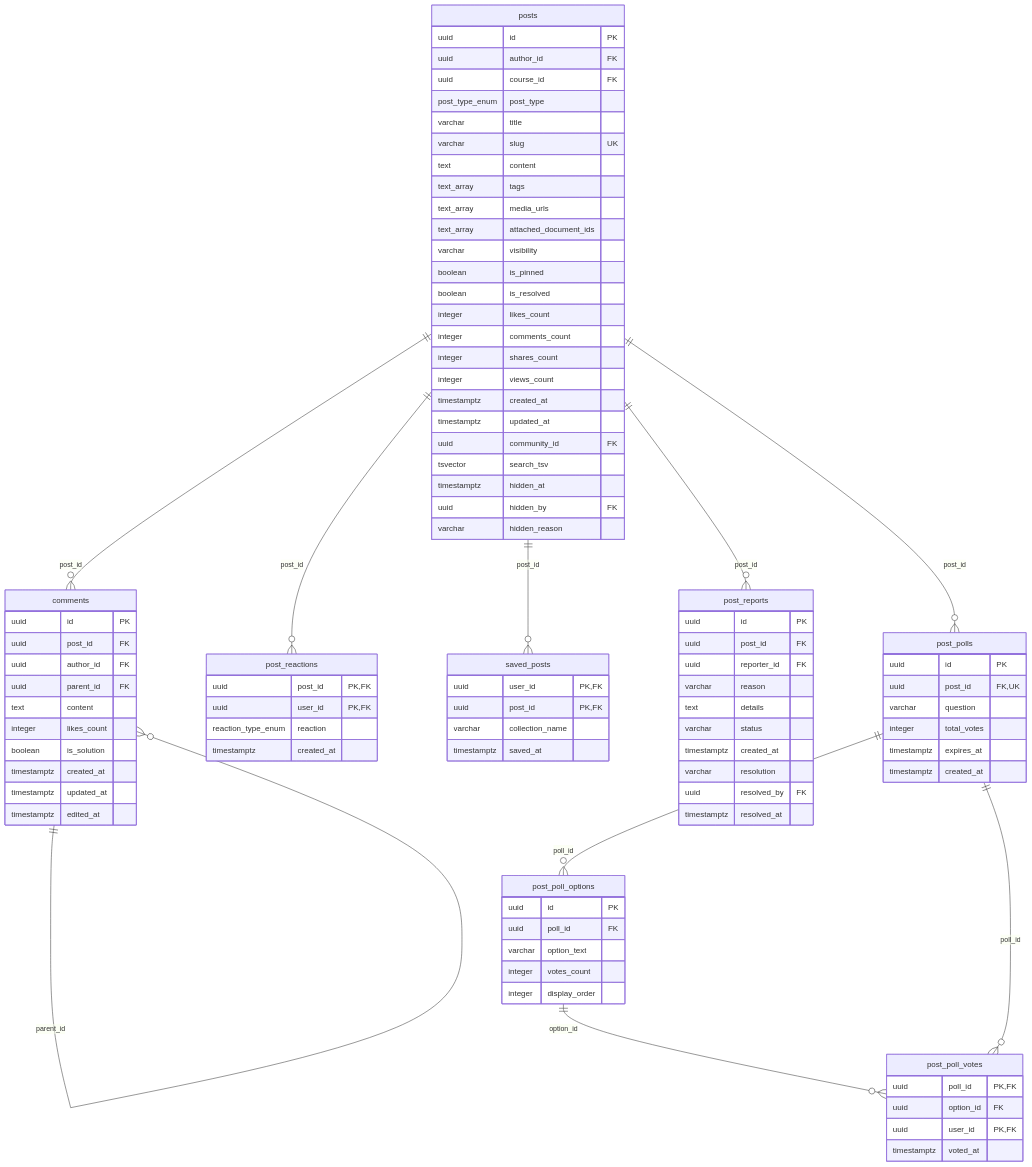
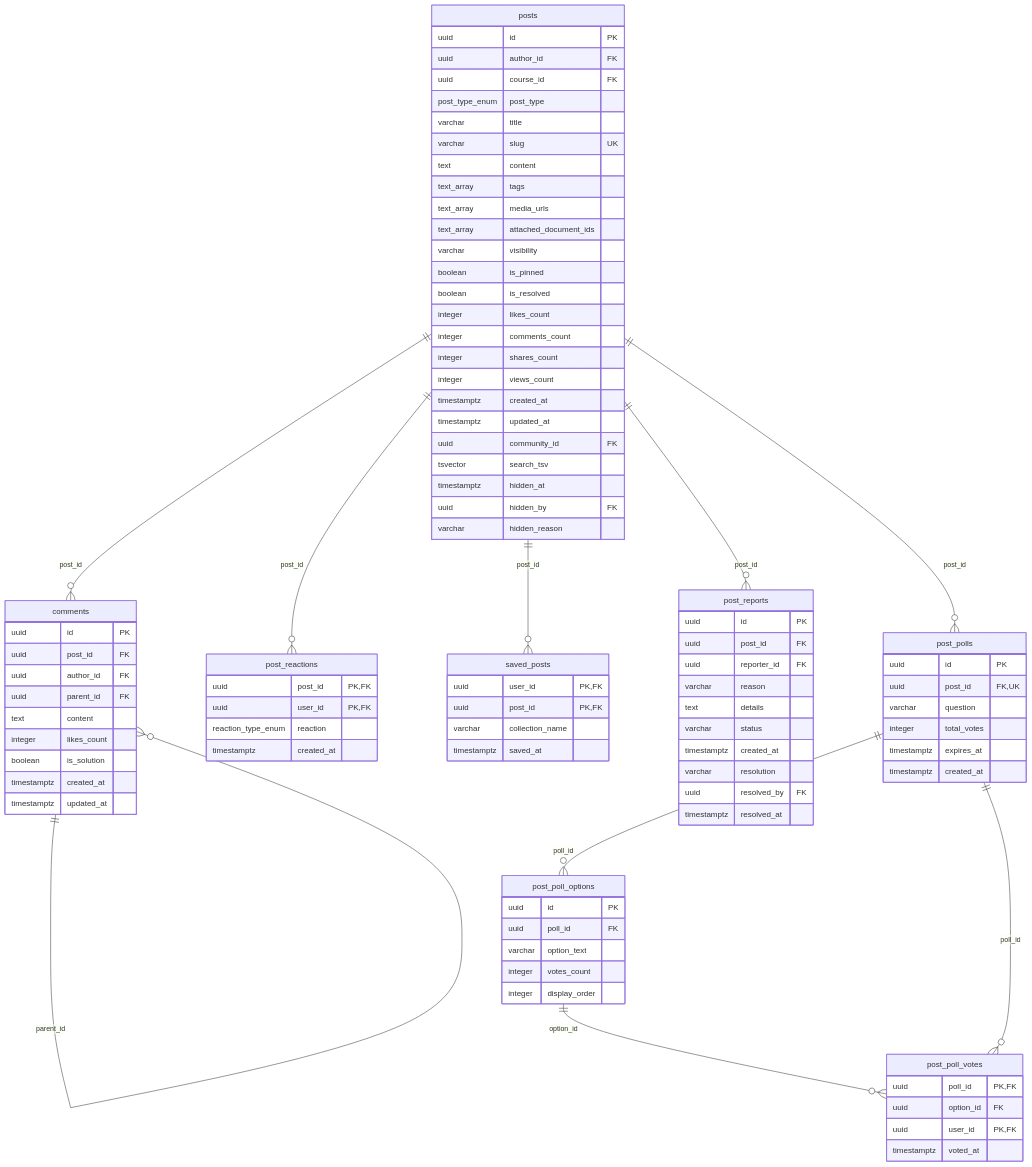
The third of 7 diagrams in docs/diagrams/04-erd.md (nhatcoi/pu-connect), drawn with Mermaid before and after one commit. The commit also changed other lines of this file and 6 other files, not shown here.

Commit message:
docs(chat): document mentions, AI threads, skills, connectors; regenerate ERD

```diff
--- a/docs/diagrams/04-erd.md
+++ b/docs/diagrams/04-erd.md
@@ -212,7 +215,6 @@
     boolean is_solution
     timestamptz created_at
     timestamptz updated_at
-    timestamptz edited_at
   }
   post_reactions {
     uuid post_id PK,FK
```
